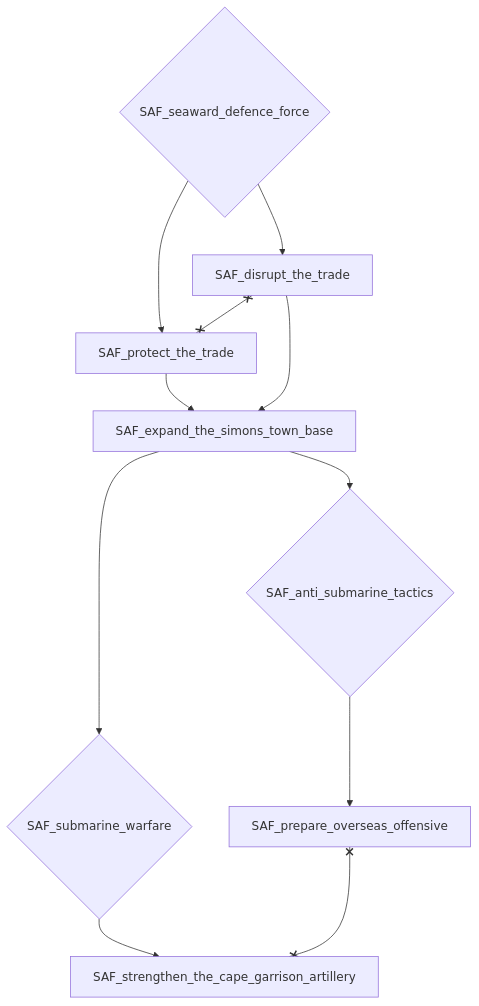
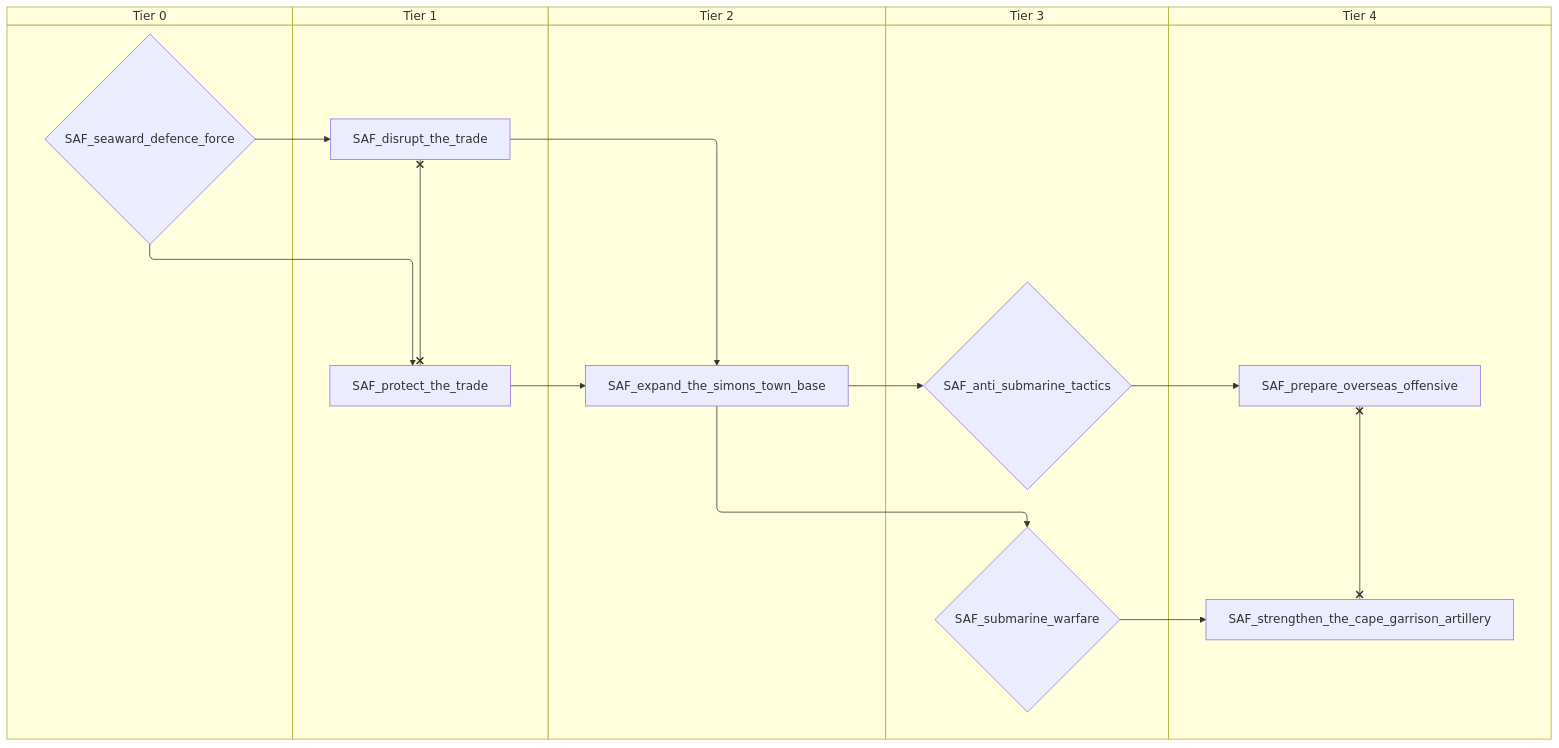
Before and after one commit to evgeny-sobol/hoi4-sandbox-mode: the third of 7 diagrams in docs/gdd/National Focuses/south_africa.md, drawn with Mermaid. The commit also changed other lines of this file and 80 other files, not shown here.

First line of the commit message:
Add swimlane mode to focus graph exporter

````diff
--- a/docs/gdd/National Focuses/south_africa.md
+++ b/docs/gdd/National Focuses/south_africa.md
@@ -107,21 +133,31 @@
 ```mermaid
-flowchart TD
-    n42{"SAF_anti_submarine_tactics"}
-    n43["SAF_disrupt_the_trade"]
-    n44["SAF_expand_the_simons_town_base"]
-    n45["SAF_prepare_overseas_offensive"]
-    n46["SAF_protect_the_trade"]
-    n47{"SAF_seaward_defence_force"}
-    n48["SAF_strengthen_the_cape_garrison_artillery"]
-    n49{"SAF_submarine_warfare"}
-    n44 --> n42
-    n47 --> n43
-    n46 --> n44
-    n43 --> n44
-    n42 --> n45
-    n47 --> n46
-    n49 --> n48
-    n44 --> n49
-    n43 x--x n46
-    n45 x--x n48
+swimlane-beta TD
+    subgraph tier_0["Tier 0"]
+        n42{"SAF_seaward_defence_force"}
+    end
+    subgraph tier_1["Tier 1"]
+        n43["SAF_disrupt_the_trade"]
+        n44["SAF_protect_the_trade"]
+    end
+    subgraph tier_2["Tier 2"]
+        n45["SAF_expand_the_simons_town_base"]
+    end
+    subgraph tier_3["Tier 3"]
+        n46{"SAF_anti_submarine_tactics"}
+        n47{"SAF_submarine_warfare"}
+    end
+    subgraph tier_4["Tier 4"]
+        n48["SAF_prepare_overseas_offensive"]
+        n49["SAF_strengthen_the_cape_garrison_artillery"]
+    end
+    n45 --> n46
+    n42 --> n43
+    n44 --> n45
+    n43 --> n45
+    n46 --> n48
+    n42 --> n44
+    n47 --> n49
+    n45 --> n47
+    n43 x--x n44
+    n48 x--x n49
 ```
````
